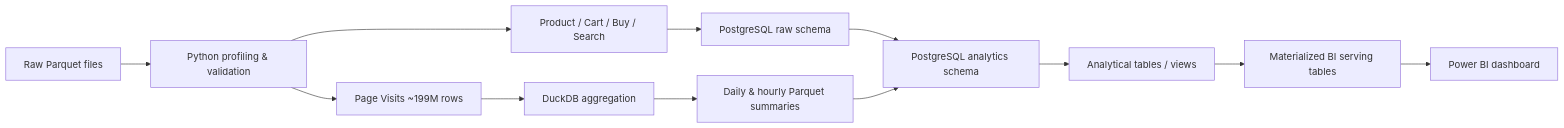
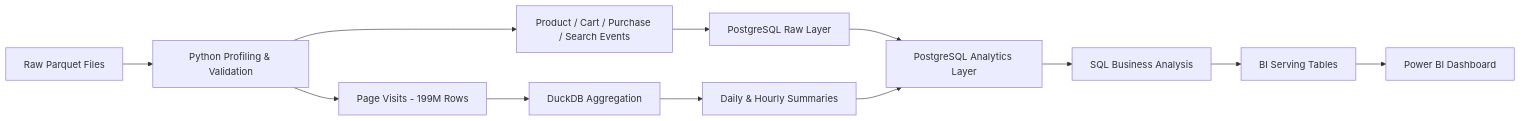
The diagram in README.md (salmamajdi/digital-product-analytics), drawn with Mermaid before and after one commit. The commit also changed other lines of this file, not shown here.

````diff
--- a/README.md
+++ b/README.md
@@ -50,14 +97,18 @@
 ```mermaid
 flowchart LR
-    A[Raw Parquet files] --> B[Python profiling & validation]
-    B --> C1[Product / Cart / Buy / Search]
-    B --> C2[Page Visits ~199M rows]
-    C1 --> D[PostgreSQL raw schema]
-    D --> E[PostgreSQL analytics schema]
-    C2 --> F[DuckDB aggregation]
-    F --> G[Daily & hourly Parquet summaries]
-    G --> E
-    E --> H[Analytical tables / views]
-    H --> I[Materialized BI serving tables]
-    I --> J[Power BI dashboard]
+    A[Raw Parquet Files] --> B[Python Profiling & Validation]
+
+    B --> C[Product / Cart / Purchase / Search Events]
+    B --> D[Page Visits - 199M Rows]
+
+    C --> E[PostgreSQL Raw Layer]
+    E --> F[PostgreSQL Analytics Layer]
+
+    D --> G[DuckDB Aggregation]
+    G --> H[Daily & Hourly Summaries]
+    H --> F
+
+    F --> I[SQL Business Analysis]
+    I --> J[BI Serving Tables]
+    J --> K[Power BI Dashboard]
 ```
````
